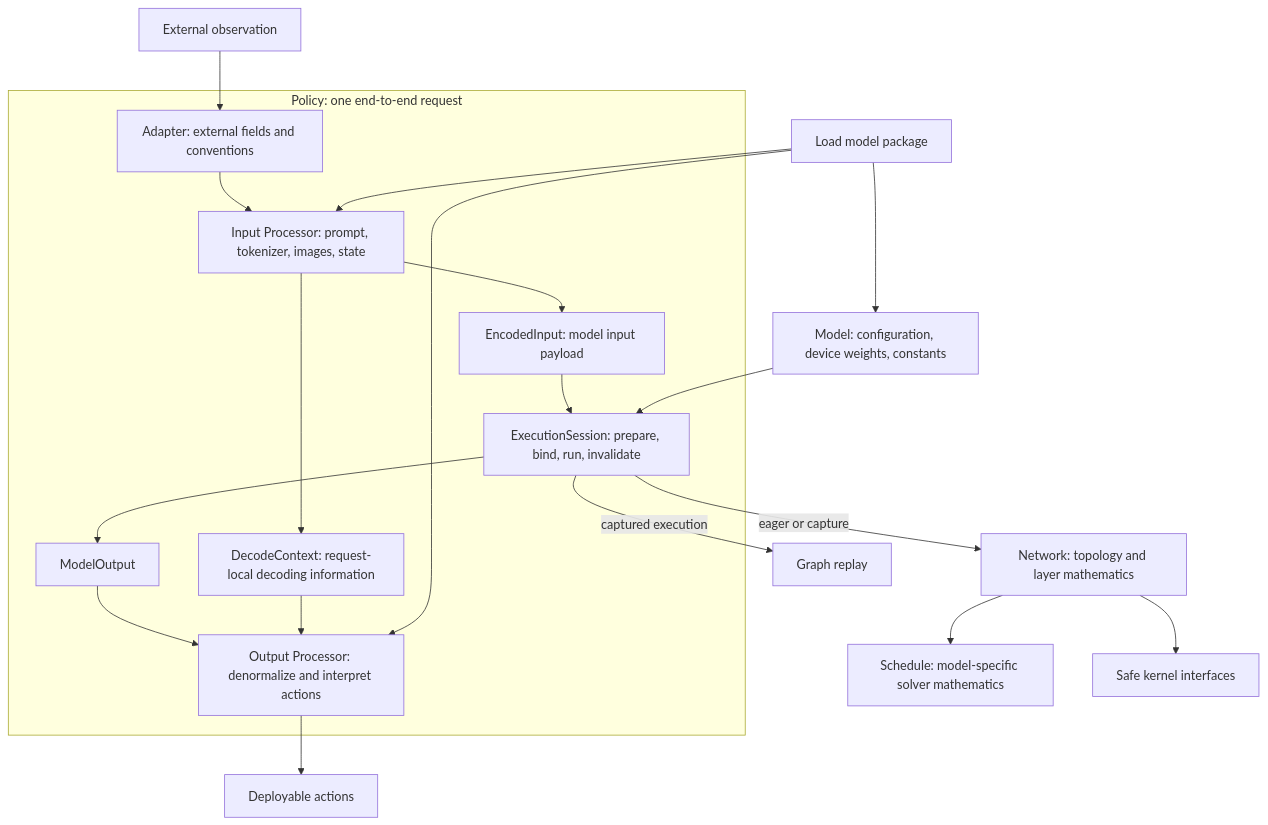
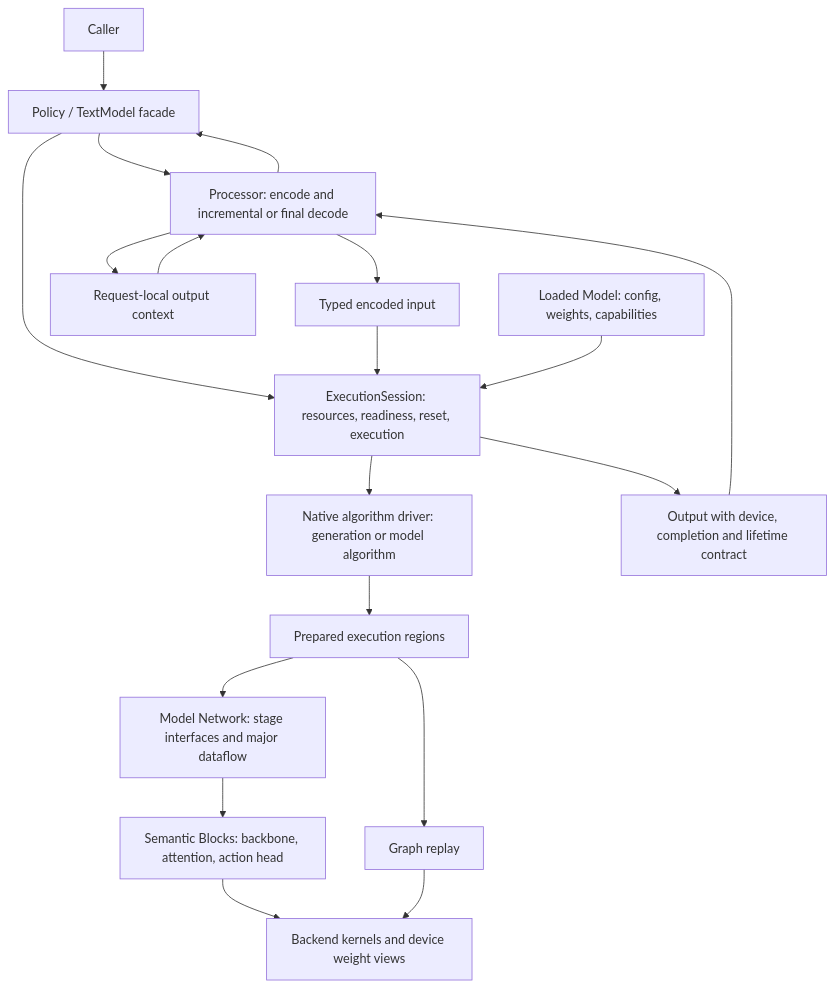
One commit to infinigence/ApxInf changed the second of 2 diagrams in doc/model-lifecycle/architecture.md. Above: the diagram before and after it, drawn with Mermaid. The commit also changed other lines of this file and 3 other files, not shown here.

````diff
--- a/doc/model-lifecycle/architecture.md
+++ b/doc/model-lifecycle/architecture.md
@@ -57,22 +47,21 @@
 ```mermaid
 flowchart TB
-    O[External observation] --> A[Adapter: external fields and conventions]
-    subgraph POLICY[Policy: one end-to-end request]
-        A --> E[Input Processor: prompt, tokenizer, images, state]
-        E --> I[EncodedInput: model input payload]
-        E --> C[DecodeContext: request-local decoding information]
-        I --> S[ExecutionSession: prepare, bind, run, invalidate]
-        S --> R[ModelOutput]
-        R --> D[Output Processor: denormalize and interpret actions]
-        C --> D
-    end
-    L[Load model package] --> M[Model: configuration, device weights, constants]
-    L --> E
-    L --> D
-    M --> S
-    S -->|eager or capture| N[Network: topology and layer mathematics]
-    N --> T[Schedule: model-specific solver mathematics]
-    N --> K[Safe kernel interfaces]
-    S -->|captured execution| G[Graph replay]
-    D --> OUT[Deployable actions]
+    U[Caller] --> F[Policy / TextModel facade]
+    F --> P[Processor: encode and incremental or final decode]
+    P --> I[Typed encoded input]
+    P --> C[Request-local output context]
+    F --> S[ExecutionSession: resources, readiness, reset, execution]
+    I --> S
+    M[Loaded Model: config, weights, capabilities] --> S
+    S --> D[Native algorithm driver: generation or model algorithm]
+    D --> E[Prepared execution regions]
+    E --> N[Model Network: stage interfaces and major dataflow]
+    N --> B[Semantic Blocks: backbone, attention, action head]
+    B --> K[Backend kernels and device weight views]
+    E --> G[Graph replay]
+    G --> K
+    S --> O[Output with device, completion and lifetime contract]
+    O --> P
+    C --> P
+    P --> F
 ```
````
